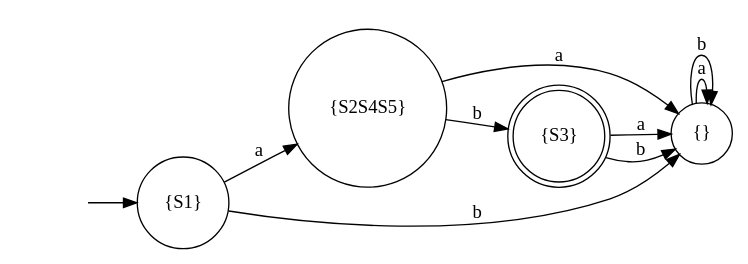
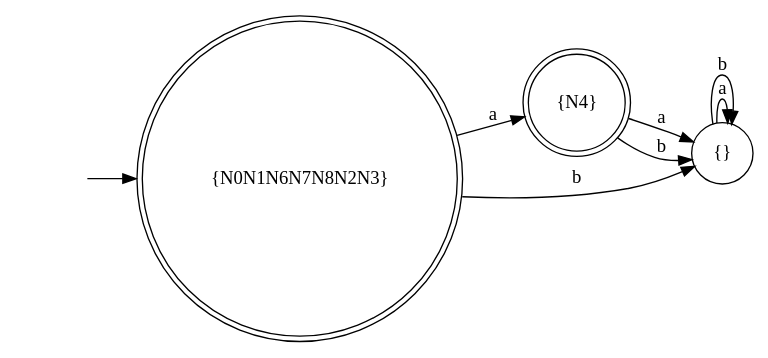
The diagram in ALE2/ALE2/bin/Debug/abc.dot (bobirok/Automata-ALE2), drawn with Graphviz before and after one commit. The commit also changed 9 other files, not shown here.

```diff
--- a/ALE2/ALE2/bin/Debug/abc.dot
+++ b/ALE2/ALE2/bin/Debug/abc.dot
@@ -1,17 +1,14 @@
 digraph myAutomaton {
 rankdir=LR;
 " " [shape=none]
-"{S1}" [shape=circle]
-"{S2S4S5}" [shape=circle]
+"{N0N1N6N7N8N2N3}" [shape=doublecircle]
+"{N4}" [shape=doublecircle]
 "{}" [shape=circle]
-"{S3}" [shape=doublecircle]
 
-" " -> "{S1}""{S1}" -> "{S2S4S5}"[label="a"]
-"{S1}" -> "{}"[label="b"]
-"{S2S4S5}" -> "{}"[label="a"]
-"{S2S4S5}" -> "{S3}"[label="b"]
+" " -> "{N0N1N6N7N8N2N3}""{N0N1N6N7N8N2N3}" -> "{N4}"[label="a"]
+"{N0N1N6N7N8N2N3}" -> "{}"[label="b"]
+"{N4}" -> "{}"[label="a"]
+"{N4}" -> "{}"[label="b"]
 "{}" -> "{}"[label="a"]
 "{}" -> "{}"[label="b"]
-"{S3}" -> "{}"[label="a"]
-"{S3}" -> "{}"[label="b"]
 }
```
